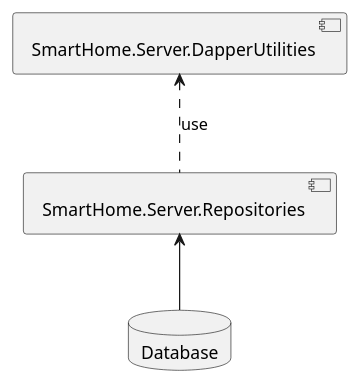
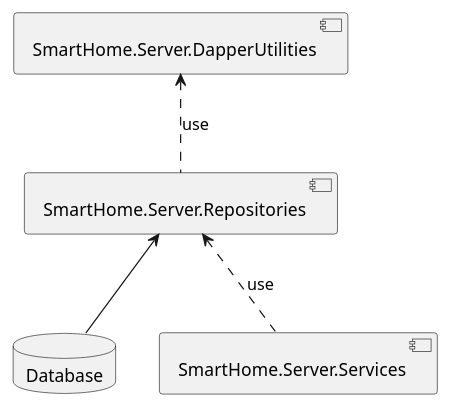
Before and after one commit to JakubMiodunka/smart-home: the diagram in doc/Server/uml/components.pu, drawn with PlantUML. The commit also changed 2 other files, not shown here.

Commit message:
[#38] Adding UML diagrams for Services module.

```diff
--- a/doc/Server/uml/components.pu
+++ b/doc/Server/uml/components.pu
@@ -1,11 +1,13 @@
 @startuml
 
 database Database
 
 component "SmartHome.Server.DapperUtilities" as DapperUtilities
 component "SmartHome.Server.Repositories" as Repositories
+component "SmartHome.Server.Services" as Services
 
 DapperUtilities <.. Repositories : use
 Repositories <-- Database
+Repositories <.. Services : use
 
 @enduml
```
